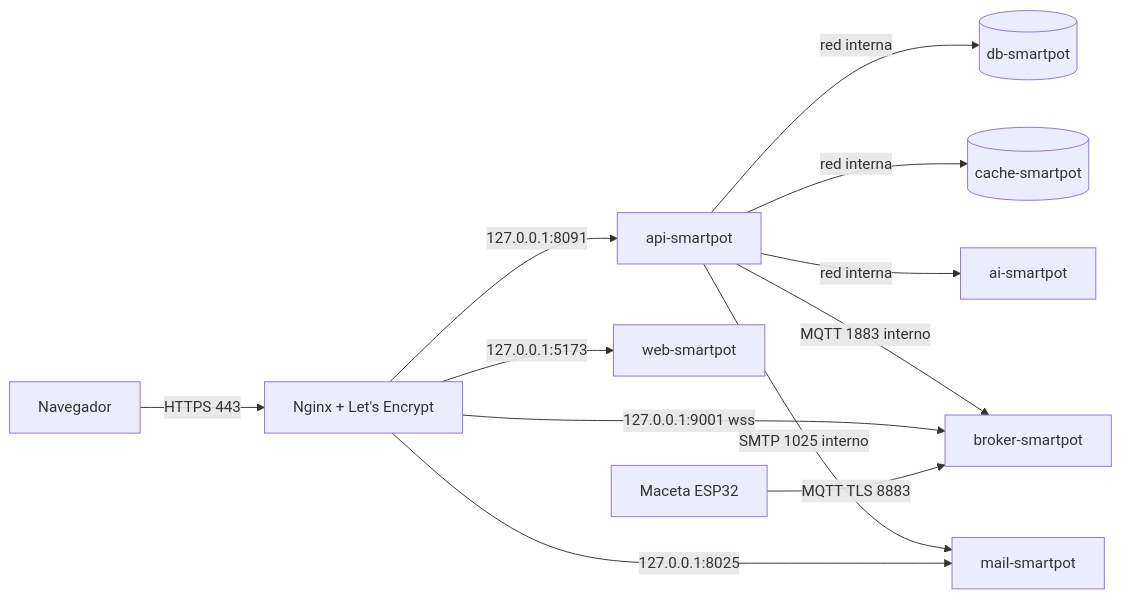
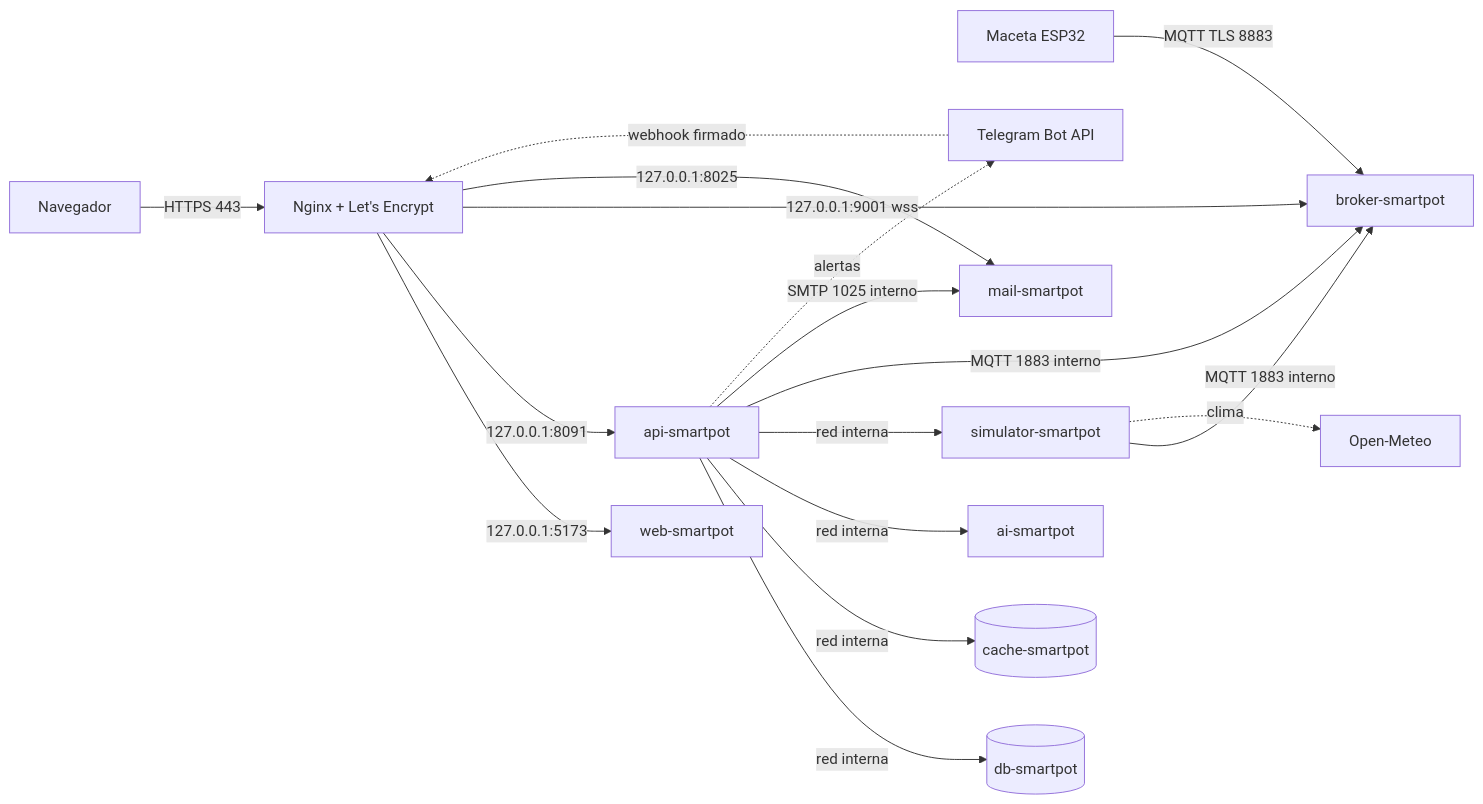
The first of 2 diagrams in docker/production/README.md (SmartPotTech/.github), drawn with Mermaid before and after one commit. The commit also changed other lines of this file, not shown here.

Commit message:
Document GHCR deployments, virtual pots and Telegram

````diff
--- a/docker/production/README.md
+++ b/docker/production/README.md
@@ -27,14 +27,19 @@
 ```mermaid
 flowchart LR
   B[Navegador] -->|HTTPS 443| N[Nginx + Let's Encrypt]
   M[Maceta ESP32] -->|MQTT TLS 8883| K[broker-smartpot]
   N -->|127.0.0.1:5173| W[web-smartpot]
   N -->|127.0.0.1:8091| A[api-smartpot]
   N -->|127.0.0.1:9001 wss| K
   N -->|127.0.0.1:8025| E[mail-smartpot]
   A -->|red interna| D[(db-smartpot)]
   A -->|red interna| C[(cache-smartpot)]
   A -->|red interna| I[ai-smartpot]
+  A -->|red interna| V[simulator-smartpot]
+  V -->|MQTT 1883 interno| K
+  V -.->|clima| O[Open-Meteo]
   A -->|MQTT 1883 interno| K
   A -->|SMTP 1025 interno| E
+  A -.->|alertas| T[Telegram Bot API]
+  T -.->|webhook firmado| N
 ```
````
